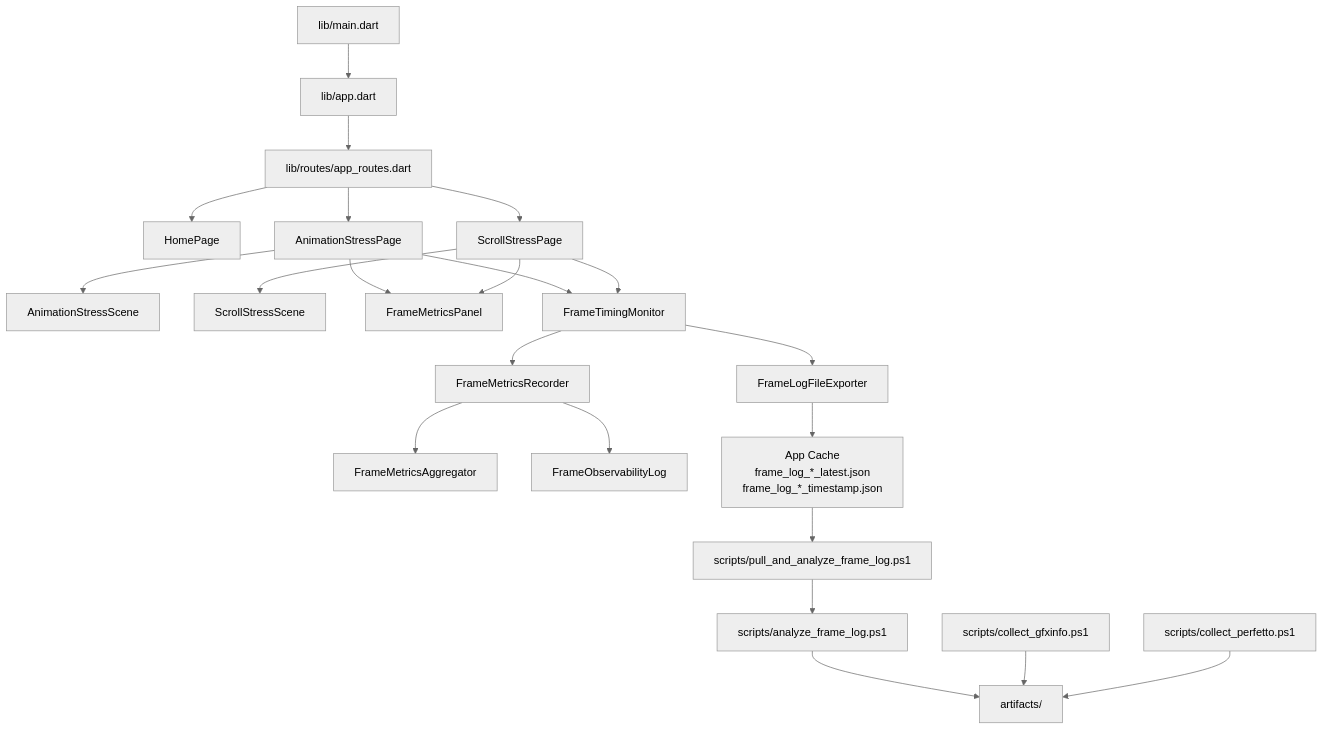
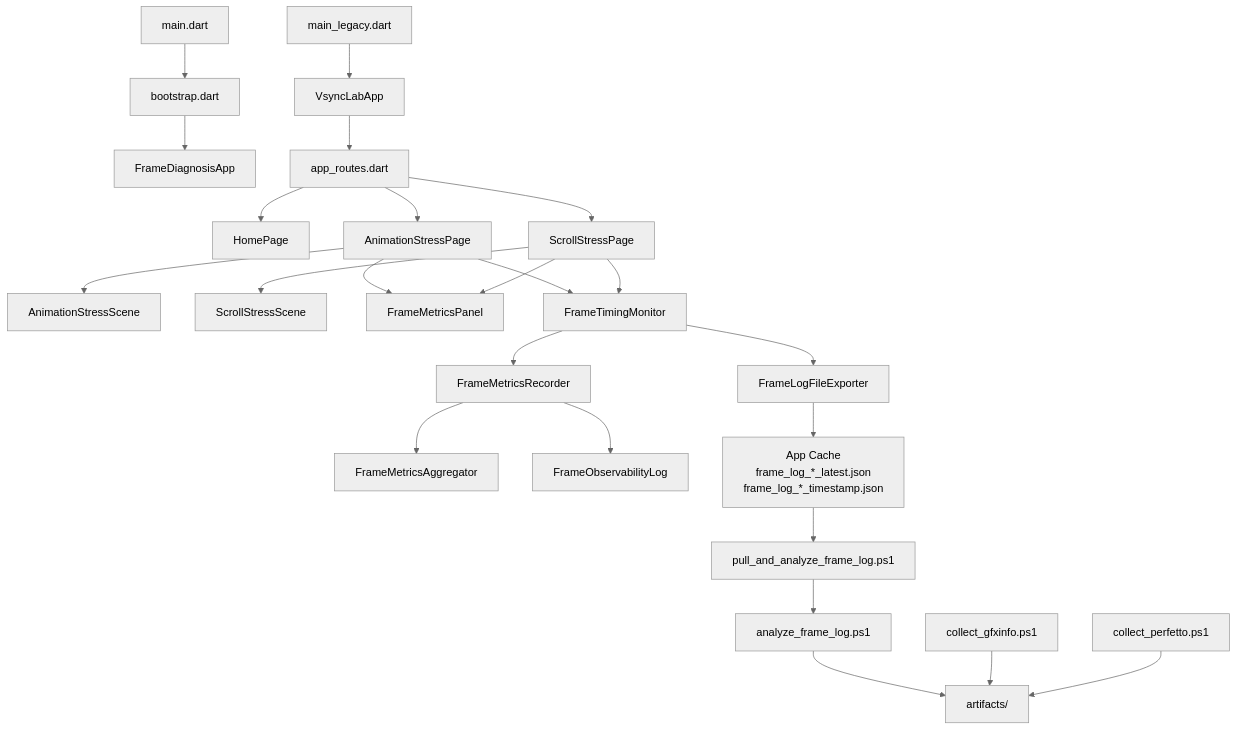
The first of 4 diagrams in docs/project_understanding.md (zyyziyunying/vsync_lab), drawn with Mermaid (neutral theme) before and after one commit. The commit also changed other lines of this file and 17 other files, not shown here.

Commit message:
feat: add frame commit diagnosis shell

````diff
--- a/docs/project_understanding.md
+++ b/docs/project_understanding.md
@@ -26,31 +27,33 @@
 ```mermaid
 flowchart TD
-    A[lib/main.dart] --> B[lib/app.dart]
-    B --> C[lib/routes/app_routes.dart]
+    A[main.dart] --> B[bootstrap.dart]
+    B --> C[FrameDiagnosisApp]
+    D[main_legacy.dart] --> E[VsyncLabApp]
+    E --> F[app_routes.dart]
 
-    C --> D[HomePage]
-    C --> E[AnimationStressPage]
-    C --> F[ScrollStressPage]
+    F --> G[HomePage]
+    F --> H[AnimationStressPage]
+    F --> I[ScrollStressPage]
 
-    E --> G[AnimationStressScene]
-    F --> H[ScrollStressScene]
+    H --> J[AnimationStressScene]
+    I --> K[ScrollStressScene]
 
-    E --> I[FrameMetricsPanel]
-    F --> I
+    H --> L[FrameMetricsPanel]
+    I --> L
 
-    E --> J[FrameTimingMonitor]
-    F --> J
+    H --> M[FrameTimingMonitor]
+    I --> M
 
-    J --> K[FrameMetricsRecorder]
-    K --> L[FrameMetricsAggregator]
-    K --> M[FrameObservabilityLog]
-    J --> N[FrameLogFileExporter]
+    M --> N[FrameMetricsRecorder]
+    N --> O[FrameMetricsAggregator]
+    N --> P[FrameObservabilityLog]
+    M --> Q[FrameLogFileExporter]
 
-    N --> O[App Cache\nframe_log_*_latest.json\nframe_log_*_timestamp.json]
-    O --> P[scripts/pull_and_analyze_frame_log.ps1]
-    P --> Q[scripts/analyze_frame_log.ps1]
-    Q --> R[artifacts/]
+    Q --> R[App Cache\nframe_log_*_latest.json\nframe_log_*_timestamp.json]
+    R --> S[pull_and_analyze_frame_log.ps1]
+    S --> T[analyze_frame_log.ps1]
+    T --> U[artifacts/]
 
-    S[scripts/collect_gfxinfo.ps1] --> R
-    T[scripts/collect_perfetto.ps1] --> R
+    V[collect_gfxinfo.ps1] --> U
+    W[collect_perfetto.ps1] --> U
 ```
````
